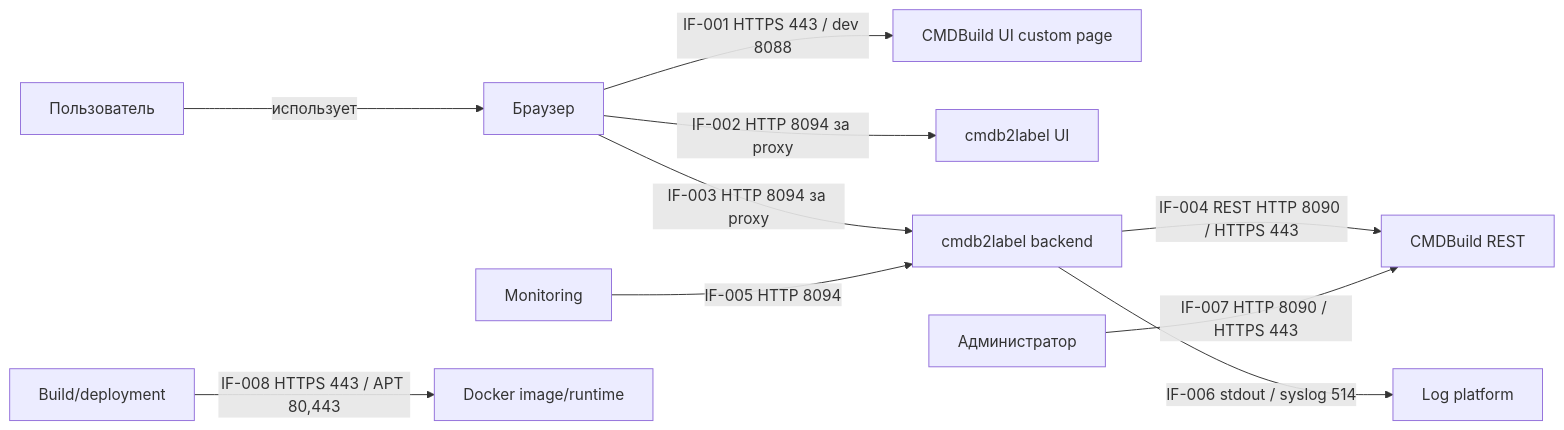
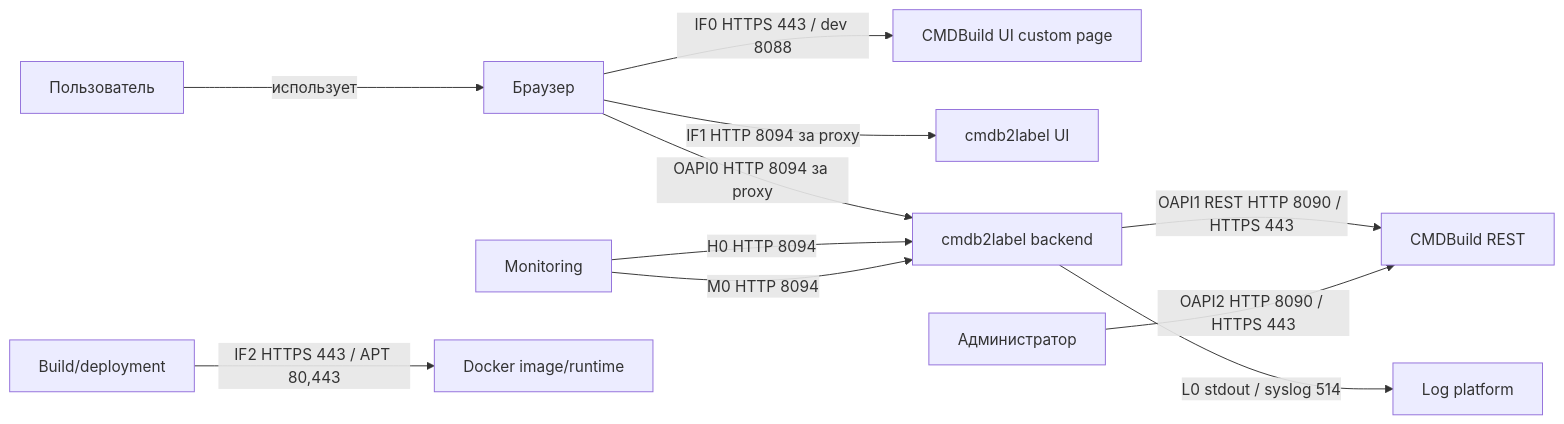
Before and after one commit to igorlyapin-max/cmdb2label: the diagram in aa/information-model.md, drawn with Mermaid. The commit also changed other lines of this file and 17 other files, not shown here.

Commit message:
Migrate AA flow IDs to typed naming

````diff
--- a/aa/information-model.md
+++ b/aa/information-model.md
@@ -43,12 +44,13 @@
 ```mermaid
 flowchart LR
   User[Пользователь] -->|использует| Browser[Браузер]
-  Browser -->|IF-001 HTTPS 443 / dev 8088| CMDBUI[CMDBuild UI custom page]
-  Browser -->|IF-002 HTTP 8094 за proxy| UI[cmdb2label UI]
-  Browser -->|IF-003 HTTP 8094 за proxy| Backend[cmdb2label backend]
-  Backend -->|IF-004 REST HTTP 8090 / HTTPS 443| CMDB[CMDBuild REST]
-  Monitoring[Monitoring] -->|IF-005 HTTP 8094| Backend
-  Backend -->|IF-006 stdout / syslog 514| Logs[Log platform]
-  Admin[Администратор] -->|IF-007 HTTP 8090 / HTTPS 443| CMDB
-  Builder[Build/deployment] -->|IF-008 HTTPS 443 / APT 80,443| Image[Docker image/runtime]
+  Browser -->|IF0 HTTPS 443 / dev 8088| CMDBUI[CMDBuild UI custom page]
+  Browser -->|IF1 HTTP 8094 за proxy| UI[cmdb2label UI]
+  Browser -->|OAPI0 HTTP 8094 за proxy| Backend[cmdb2label backend]
+  Backend -->|OAPI1 REST HTTP 8090 / HTTPS 443| CMDB[CMDBuild REST]
+  Monitoring[Monitoring] -->|H0 HTTP 8094| Backend
+  Monitoring -->|M0 HTTP 8094| Backend
+  Backend -->|L0 stdout / syslog 514| Logs[Log platform]
+  Admin[Администратор] -->|OAPI2 HTTP 8090 / HTTPS 443| CMDB
+  Builder[Build/deployment] -->|IF2 HTTPS 443 / APT 80,443| Image[Docker image/runtime]
 ```
````
